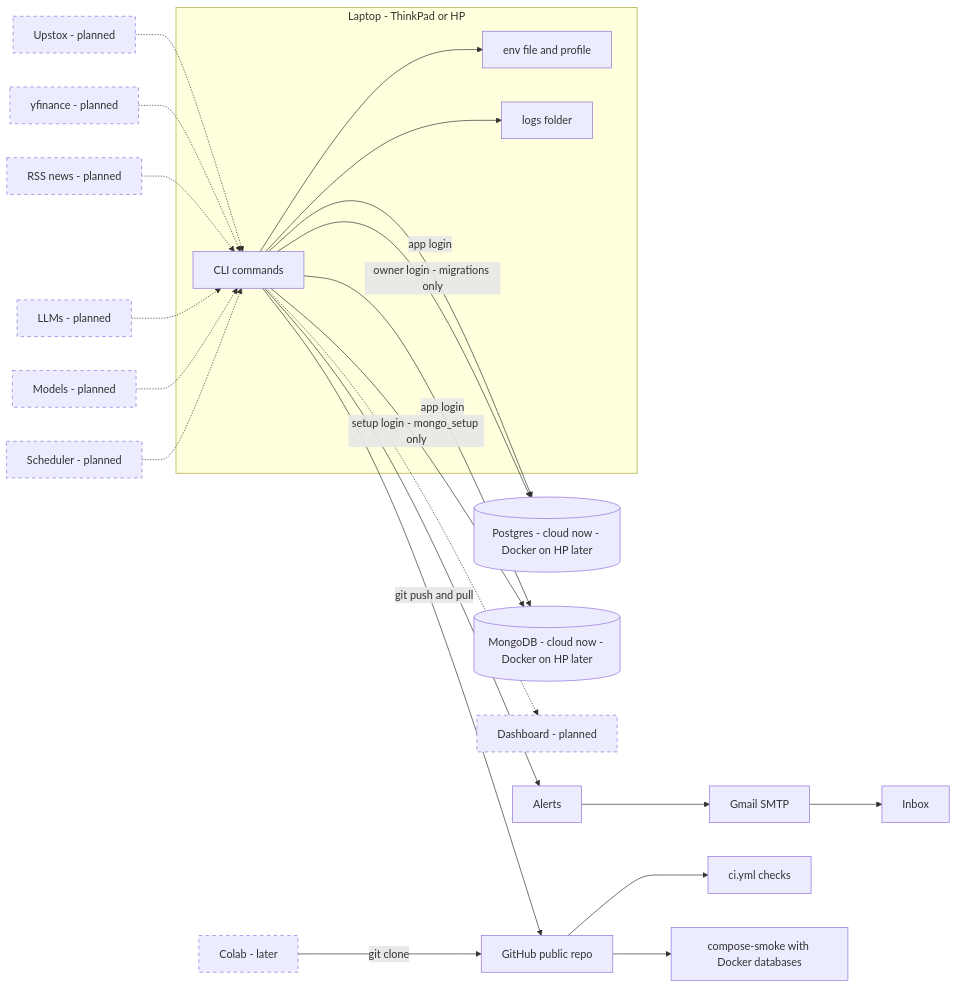
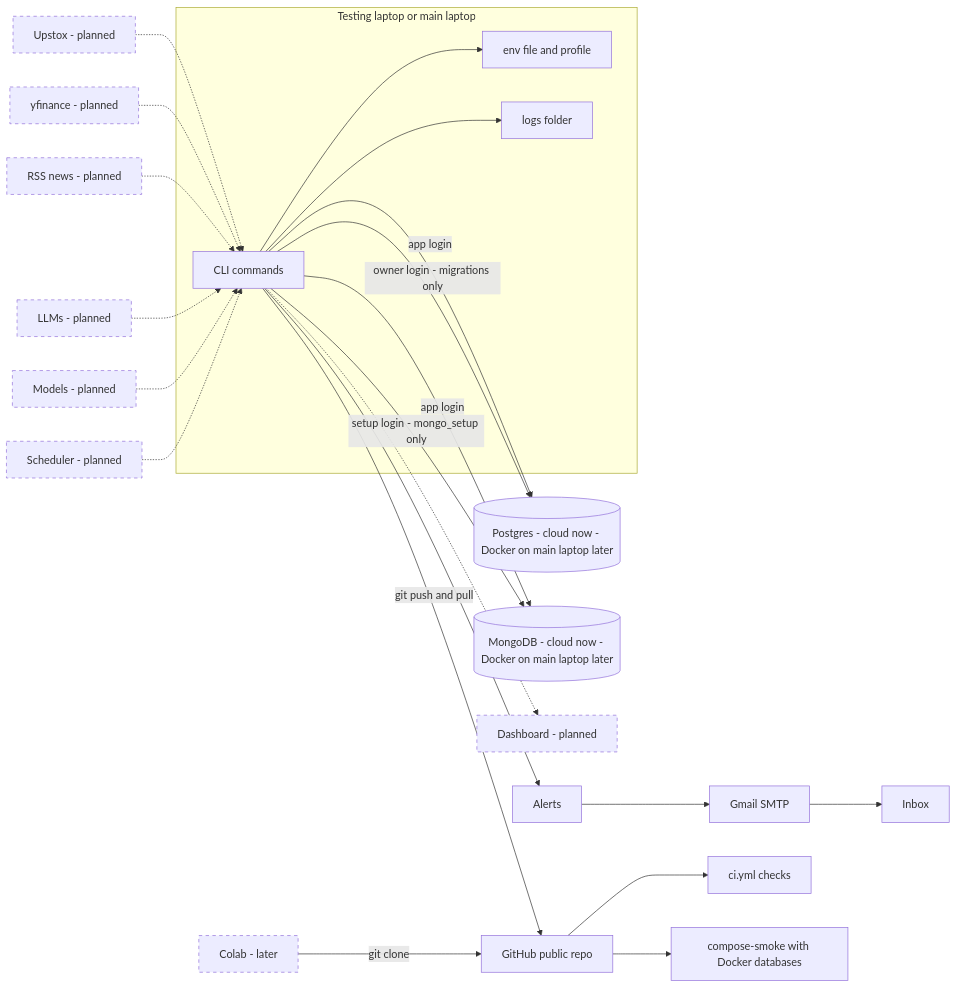
One commit to MichkelAngloJ/market-intel changed the first of 2 diagrams in docs/architecture.md. Above: the diagram before and after it, drawn with Mermaid. The commit also changed other lines of this file and 3 other files, not shown here.

````diff
--- a/docs/architecture.md
+++ b/docs/architecture.md
@@ -16,32 +16,32 @@
 ```mermaid
 flowchart LR
-    subgraph Laptop[Laptop - ThinkPad or HP]
+    subgraph Laptop[Testing laptop or main laptop]
         CLI[CLI commands]
         CFG[env file and profile]
         LOGS[logs folder]
     end
     CLI --> CFG
     CLI --> LOGS
     CLI --> ALERTS[Alerts]
     ALERTS --> SMTP[Gmail SMTP]
     SMTP --> INBOX[Inbox]
-    CLI -->|app login| PG[(Postgres - cloud now - Docker on HP later)]
+    CLI -->|app login| PG[(Postgres - cloud now - Docker on main laptop later)]
     CLI -->|owner login - migrations only| PG
-    CLI -->|app login| MDB[(MongoDB - cloud now - Docker on HP later)]
+    CLI -->|app login| MDB[(MongoDB - cloud now - Docker on main laptop later)]
     CLI -->|setup login - mongo_setup only| MDB
     CLI -->|git push and pull| GH[GitHub public repo]
     GH --> CI[ci.yml checks]
     GH --> SMOKE[compose-smoke with Docker databases]
     COLAB[Colab - later] -->|git clone| GH
 
     UPSTOX[Upstox - planned] -.-> CLI
     YF[yfinance - planned] -.-> CLI
     RSS[RSS news - planned] -.-> CLI
     LLM[LLMs - planned] -.-> CLI
     MODELS[Models - planned] -.-> CLI
     SCHED[Scheduler - planned] -.-> CLI
     CLI -.-> DASH[Dashboard - planned]
 
     classDef planned stroke-dasharray: 5 5
     class UPSTOX,YF,RSS,LLM,MODELS,SCHED,DASH,COLAB planned
 ```
````
